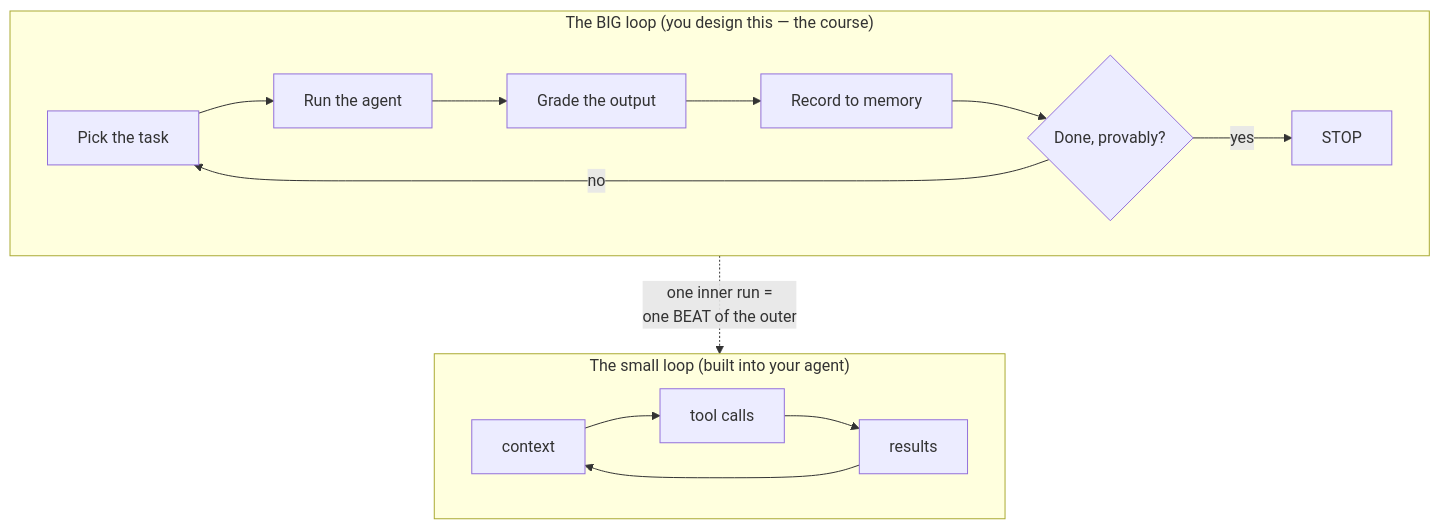
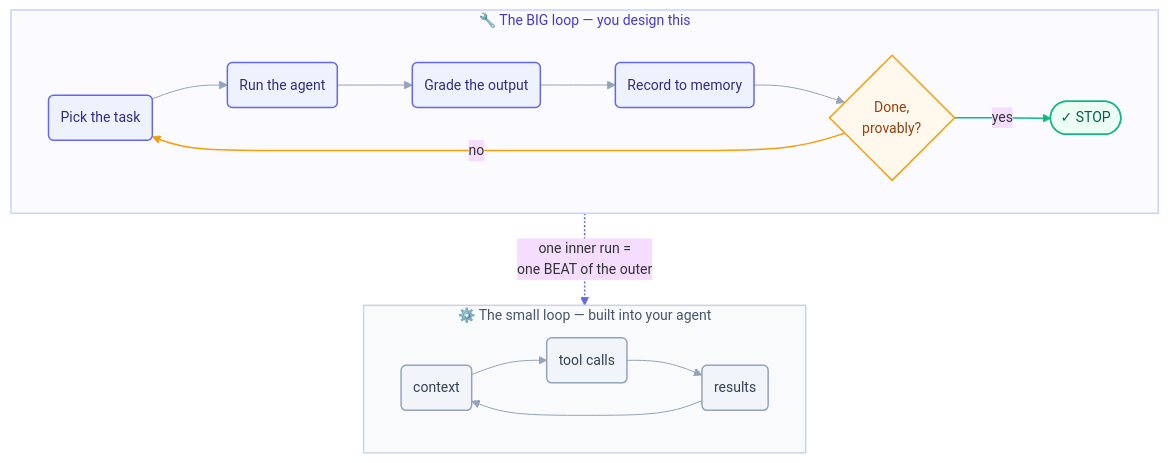
Before and after one commit to ayeshakhalid192007-dev/LoopEngineering-CrashCourse: the diagram in docs/00-foundations/mental-models.md, drawn with Mermaid. The commit also changed 14 other files, not shown here.

First line of the commit message:
Polish Day 1 mermaid diagrams; log the checker/link-check re-run

````diff
--- a/docs/00-foundations/mental-models.md
+++ b/docs/00-foundations/mental-models.md
@@ -27,16 +27,27 @@
 ```mermaid
+%%{init: {'theme':'base','themeVariables':{'fontFamily':'ui-sans-serif, system-ui, sans-serif','fontSize':'14px','lineColor':'#94a3b8'},'flowchart':{'curve':'basis','nodeSpacing':45,'rankSpacing':50,'padding':12}}}%%
 flowchart TD
-    subgraph OUTER ["The BIG loop (you design this — the course)"]
+    subgraph OUTER ["🔧  The BIG loop — you design this"]
       direction LR
-      T[Pick the task] --> R[Run the agent]
-      R --> G[Grade the output]
-      G --> M[Record to memory]
-      M --> D{Done, provably?}
+      T("Pick the task"):::step --> R("Run the agent"):::step
+      R --> G("Grade the output"):::step
+      G --> M("Record to memory"):::step
+      M --> D{"Done,<br/>provably?"}:::gate
       D -->|no| T
-      D -->|yes| S[STOP]
+      D -->|yes| S(["✓ STOP"]):::stop
     end
-    subgraph INNER ["The small loop (built into your agent)"]
-      C[context] --> TC[tool calls] --> RES[results] --> C
+    subgraph INNER ["⚙️  The small loop — built into your agent"]
+      direction LR
+      C("context"):::inner --> TC("tool calls"):::inner --> RES("results"):::inner --> C
     end
-    R -.->|one inner run =<br/>one BEAT of the outer| INNER
+    R -.->|"one inner run =<br/>one BEAT of the outer"| INNER
+    classDef step fill:#eef2ff,stroke:#6366f1,stroke-width:1.5px,color:#312e81;
+    classDef gate fill:#fef9ec,stroke:#f59e0b,stroke-width:1.5px,color:#92400e;
+    classDef stop fill:#ecfdf5,stroke:#10b981,stroke-width:1.5px,color:#065f46;
+    classDef inner fill:#f1f5f9,stroke:#94a3b8,stroke-width:1.5px,color:#334155;
+    style OUTER fill:#fbfbff,stroke:#c7d2fe,stroke-width:1.5px,color:#4338ca;
+    style INNER fill:#f8fafc,stroke:#cbd5e1,stroke-width:1.5px,color:#475569;
+    linkStyle 4 stroke:#f59e0b,stroke-width:1.5px;
+    linkStyle 5 stroke:#10b981,stroke-width:1.5px;
+    linkStyle 9 stroke:#6366f1,stroke-width:1.5px;
 ```
````
